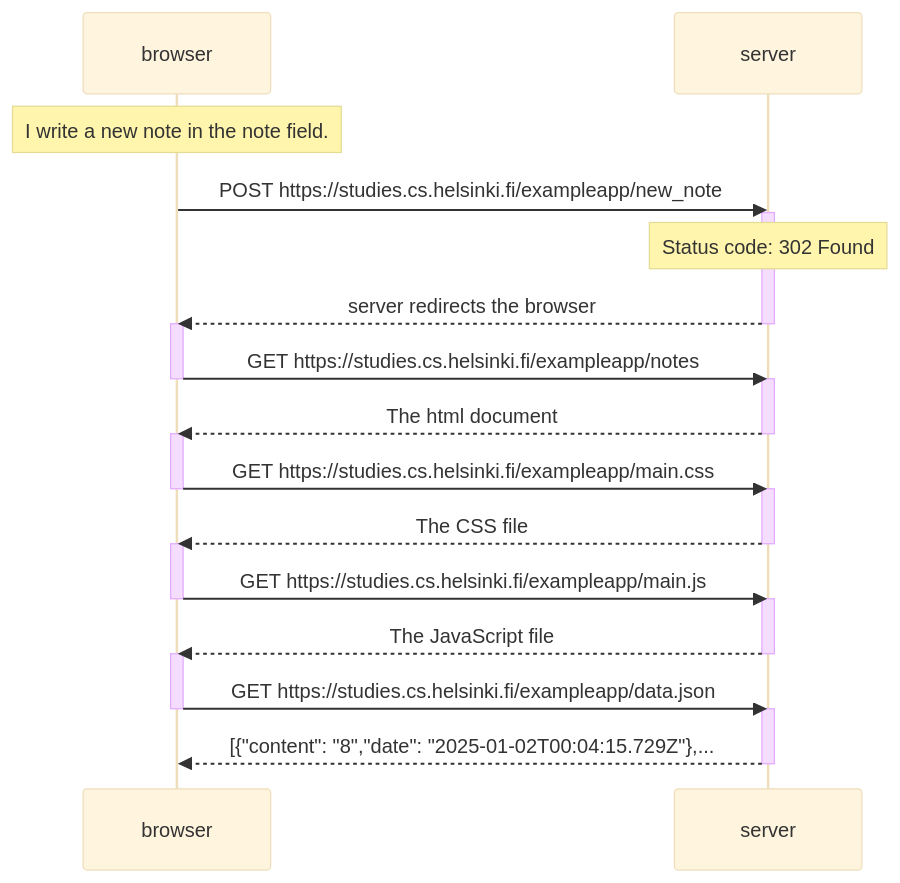
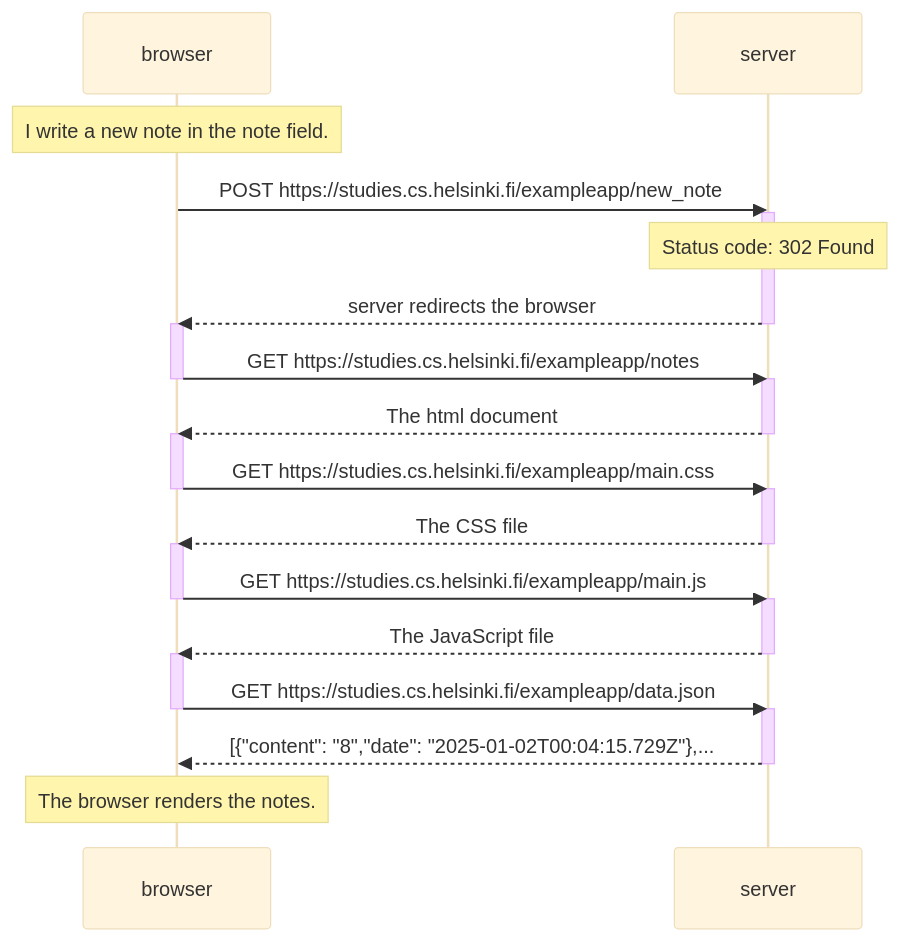
One commit to TegelVee/Fullstack_exerciserepo changed the diagram in osa0/sequencechart.md. Above: the diagram before and after it, drawn with Mermaid (base theme).

````diff
--- a/osa0/sequencechart.md
+++ b/osa0/sequencechart.md
@@ -3,40 +3,42 @@
 ```mermaid
 sequenceDiagram
   participant browser
   participant server
   Note over browser: I write a new note in the note field.
   browser->>server: POST https://studies.cs.helsinki.fi/exampleapp/new_note
   activate server
   Note over server: Status code: 302 Found
   server-->>browser: server redirects the browser
   deactivate server
   
   activate browser
   browser->>server: GET https://studies.cs.helsinki.fi/exampleapp/notes
   deactivate browser
   activate server
   server-->>browser: The html document
   deactivate server
 
   activate browser
   browser->>server: GET https://studies.cs.helsinki.fi/exampleapp/main.css
   deactivate browser
   activate server
   server-->>browser: The CSS file
   deactivate server
 
   activate browser
   browser->>server: GET https://studies.cs.helsinki.fi/exampleapp/main.js
   deactivate browser
   activate server
   server-->>browser: The JavaScript file
   deactivate server
 
   activate browser
   browser->>server: GET https://studies.cs.helsinki.fi/exampleapp/data.json
   deactivate browser
   activate server
   server-->>browser: [{"content": "8","date": "2025-01-02T00:04:15.729Z"},...
   deactivate server
+  activate browser
+  Note over browser: The browser renders the notes.
 
 ```
````
